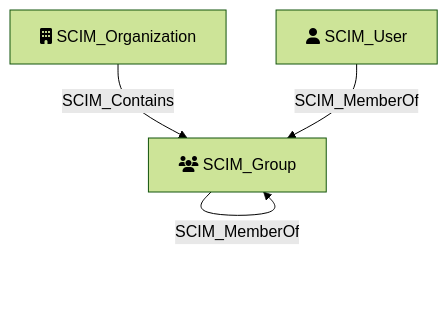
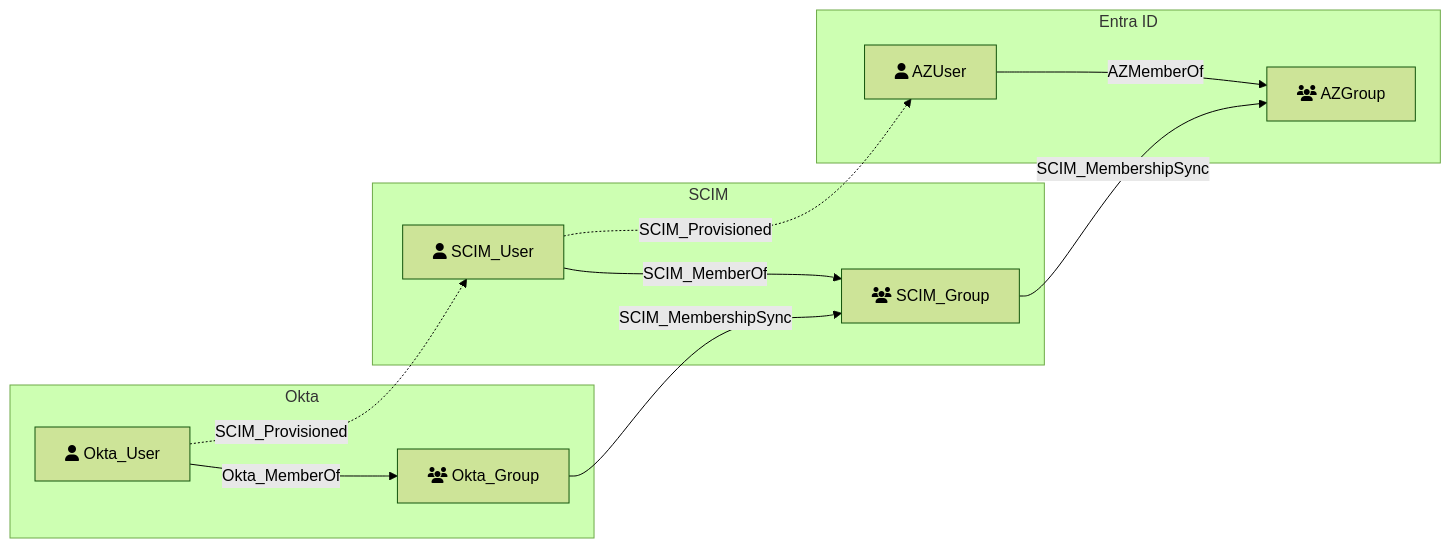
One commit to SpecterOps/bloodhound-scim-extension changed the diagram in docs/nodes/SCIM_Group.md. Above: the diagram before and after it, drawn with Mermaid (forest theme). The commit also changed 24 other files, not shown here.

````diff
--- a/docs/nodes/SCIM_Group.md
+++ b/docs/nodes/SCIM_Group.md
@@ -16,10 +16,28 @@
 ```mermaid
-flowchart TD
-    SCIM_Organization[fa:fa-building SCIM_Organization]
-    SCIM_User[fa:fa-user SCIM_User]
-    SCIM_Group[fa:fa-users SCIM_Group]
+flowchart LR
+    subgraph Okta
+        Okta_User[fa:fa-user Okta_User]
+        Okta_Group[fa:fa-users Okta_Group]
 
-    SCIM_Organization -->|SCIM_Contains| SCIM_Group
-    SCIM_User -->|SCIM_MemberOf| SCIM_Group
-    SCIM_Group -->|SCIM_MemberOf| SCIM_Group
+        Okta_User -->|Okta_MemberOf| Okta_Group
+    end
+
+    subgraph SCIM
+        SCIM_User[fa:fa-user SCIM_User]
+        SCIM_Group[fa:fa-users SCIM_Group]
+
+        SCIM_User -->|SCIM_MemberOf| SCIM_Group
+    end
+
+    subgraph "Entra ID"
+        AZUser[fa:fa-user AZUser]
+        AZGroup[fa:fa-users AZGroup]
+
+        AZUser -->|AZMemberOf| AZGroup
+    end
+
+    SCIM_Group -->|SCIM_MembershipSync| AZGroup
+    Okta_Group -->|SCIM_MembershipSync| SCIM_Group
+    Okta_User -.->|SCIM_Provisioned| SCIM_User
+    SCIM_User -.->|SCIM_Provisioned| AZUser
 ```
````
